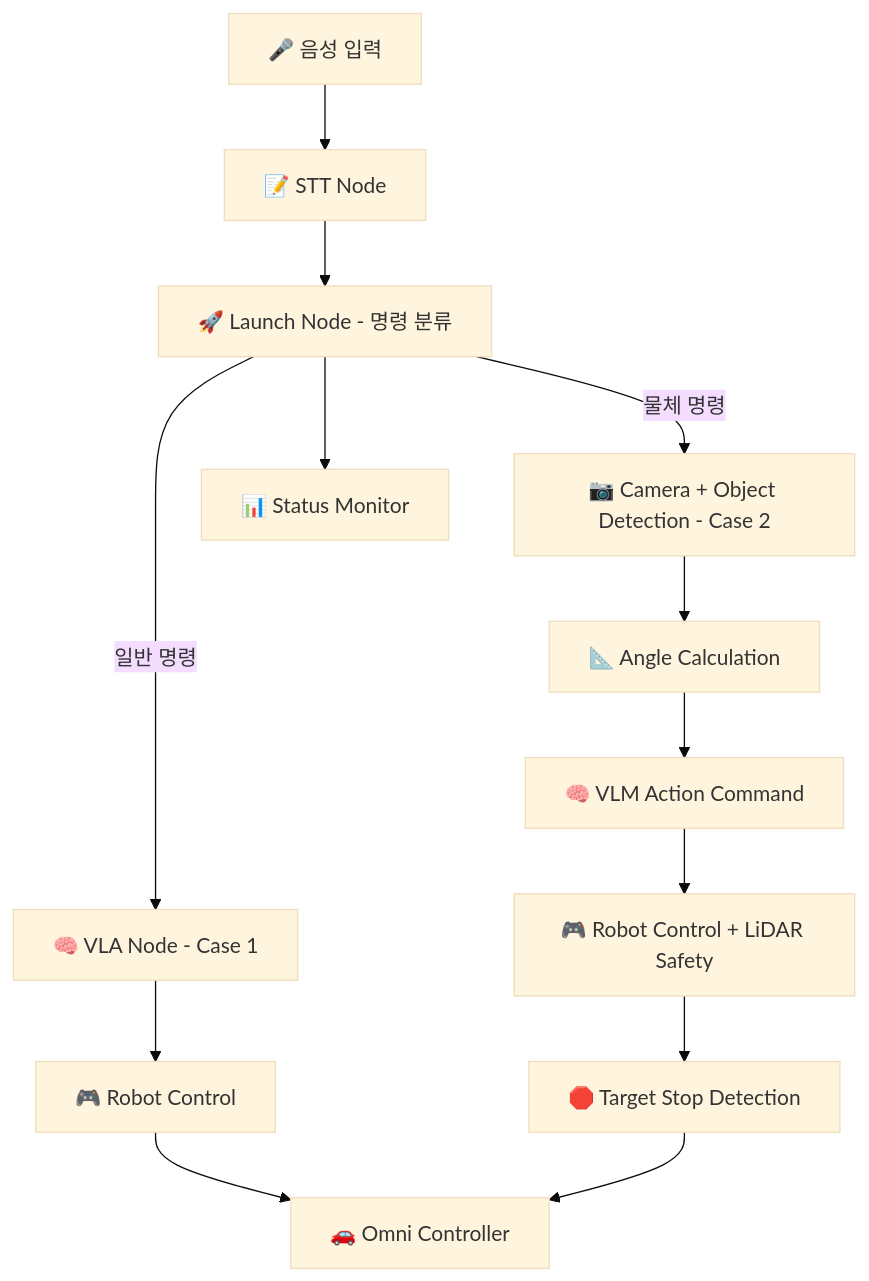
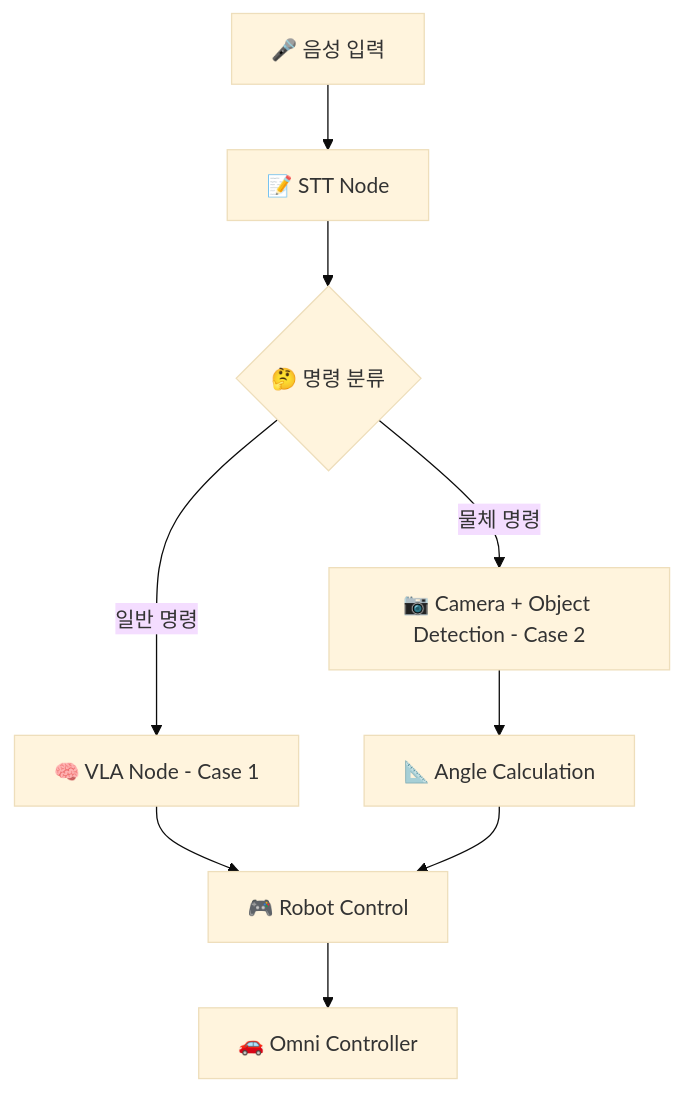
One commit to minuum/vla changed the diagram in WEEKLY_TODO.md. Above: the diagram before and after it, drawn with Mermaid (base theme). The commit also changed other lines of this file and 47 other files, not shown here.

````diff
--- a/WEEKLY_TODO.md
+++ b/WEEKLY_TODO.md
@@ -21,15 +21,11 @@
 ```mermaid
 graph TD
     A[🎤 음성 입력] --> B[📝 STT Node]
-    B --> C[🚀 Launch Node - 명령 분류]
+    B --> C{🤔 명령 분류}
     C -->|일반 명령| D[🧠 VLA Node - Case 1]
     C -->|물체 명령| E[📷 Camera + Object Detection - Case 2]
     D --> F[🎮 Robot Control]
     E --> G[📐 Angle Calculation]
-    G --> H[🧠 VLM Action Command]
-    H --> I[🎮 Robot Control + LiDAR Safety]
-    I --> J[🛑 Target Stop Detection]
-    F --> K[🚗 Omni Controller]
-    J --> K
-    C --> L[📊 Status Monitor]
+    G --> F
+    F --> H[🚗 Omni Controller]
 ```
````
